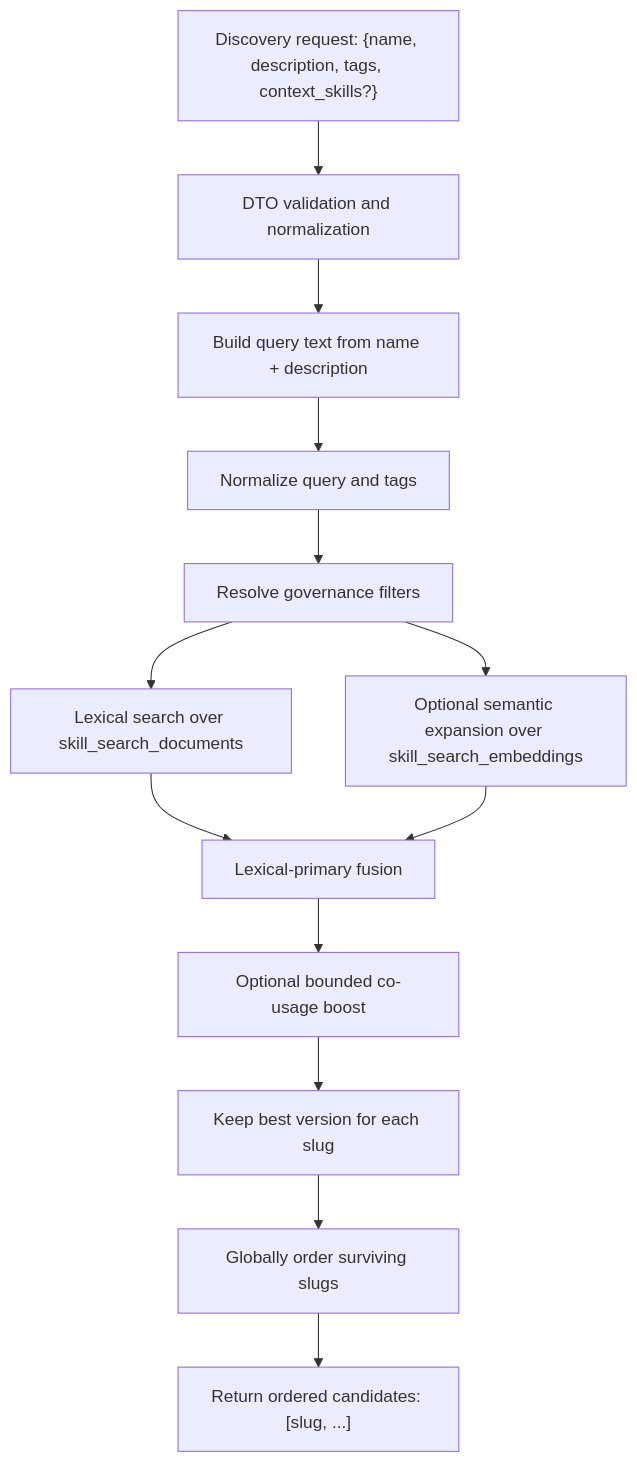
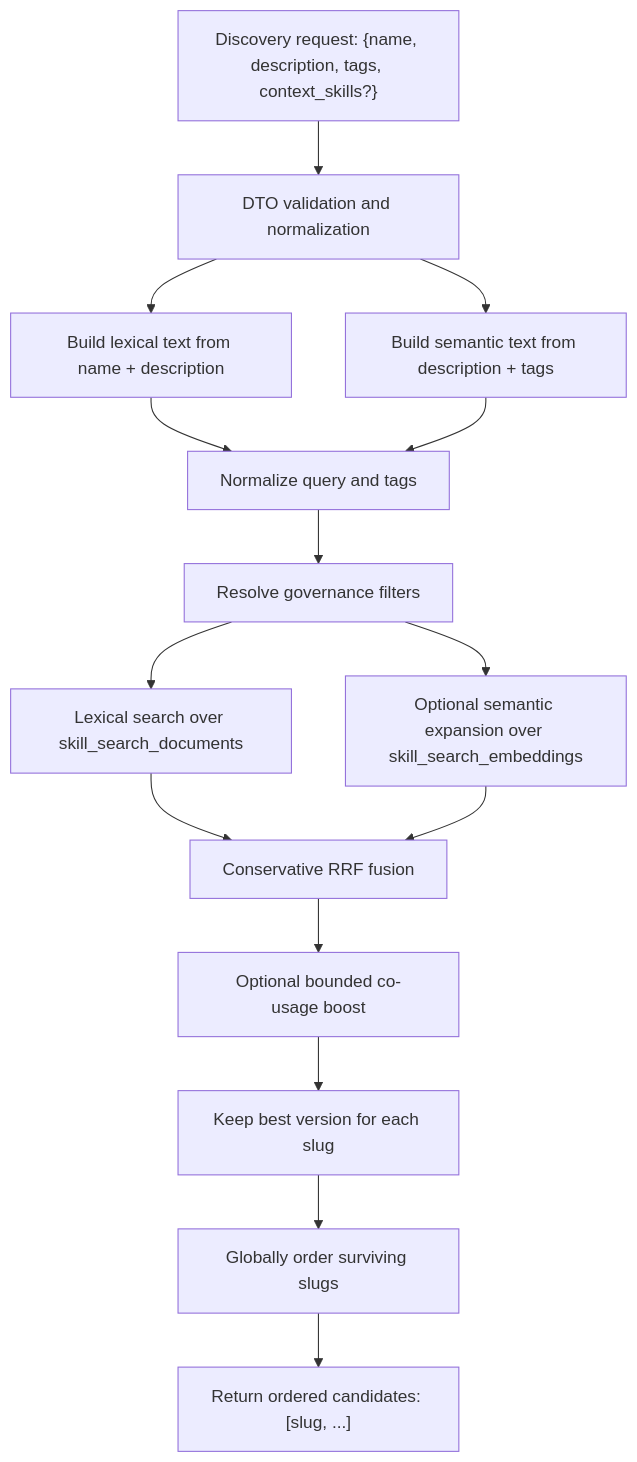
One commit to aptitude-stack/registery changed the diagram in docs/architecture/discovery-and-ranking.md. Above: the diagram before and after it, drawn with Mermaid. The commit also changed other lines of this file and 33 other files, not shown here.

````diff
--- a/docs/architecture/discovery-and-ranking.md
+++ b/docs/architecture/discovery-and-ranking.md
@@ -17,15 +17,17 @@
 ```mermaid
 flowchart TD
     A["Discovery request: {name, description, tags, context_skills?}"] --> B["DTO validation and normalization"]
-    B --> C["Build query text from name + description"]
-    C --> D["Normalize query and tags"]
-    D --> E["Resolve governance filters"]
-    E --> F["Lexical search over skill_search_documents"]
-    E --> G["Optional semantic expansion over skill_search_embeddings"]
-    F --> H["Lexical-primary fusion"]
-    G --> H
-    H --> I["Optional bounded co-usage boost"]
-    I --> J["Keep best version for each slug"]
-    J --> K["Globally order surviving slugs"]
-    K --> L["Return ordered candidates: [slug, ...]"]
+    B --> C["Build lexical text from name + description"]
+    B --> D["Build semantic text from description + tags"]
+    C --> E["Normalize query and tags"]
+    D --> E
+    E --> F["Resolve governance filters"]
+    F --> G["Lexical search over skill_search_documents"]
+    F --> H["Optional semantic expansion over skill_search_embeddings"]
+    G --> I["Conservative RRF fusion"]
+    H --> I
+    I --> J["Optional bounded co-usage boost"]
+    J --> K["Keep best version for each slug"]
+    K --> L["Globally order surviving slugs"]
+    L --> M["Return ordered candidates: [slug, ...]"]
 ```
````
